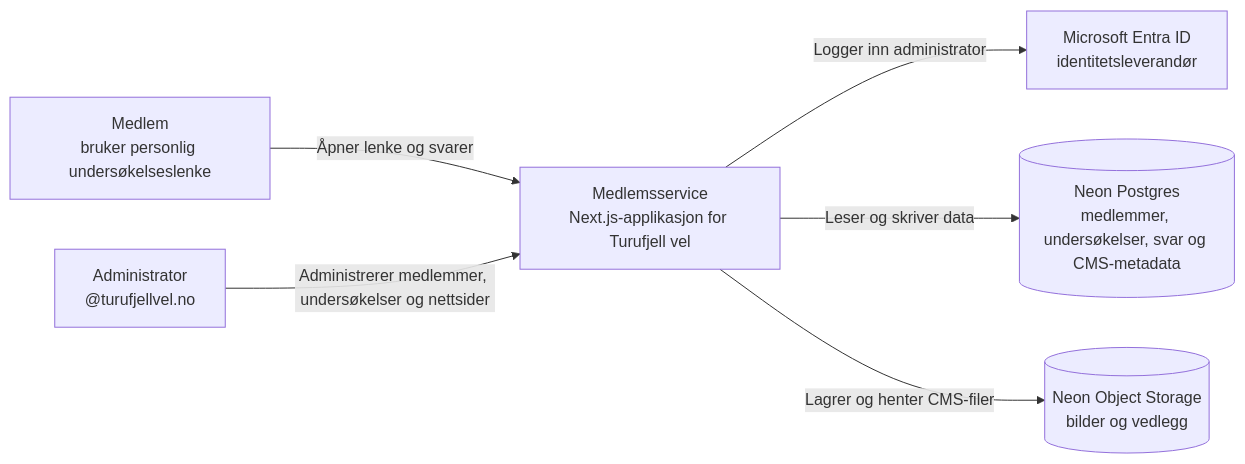
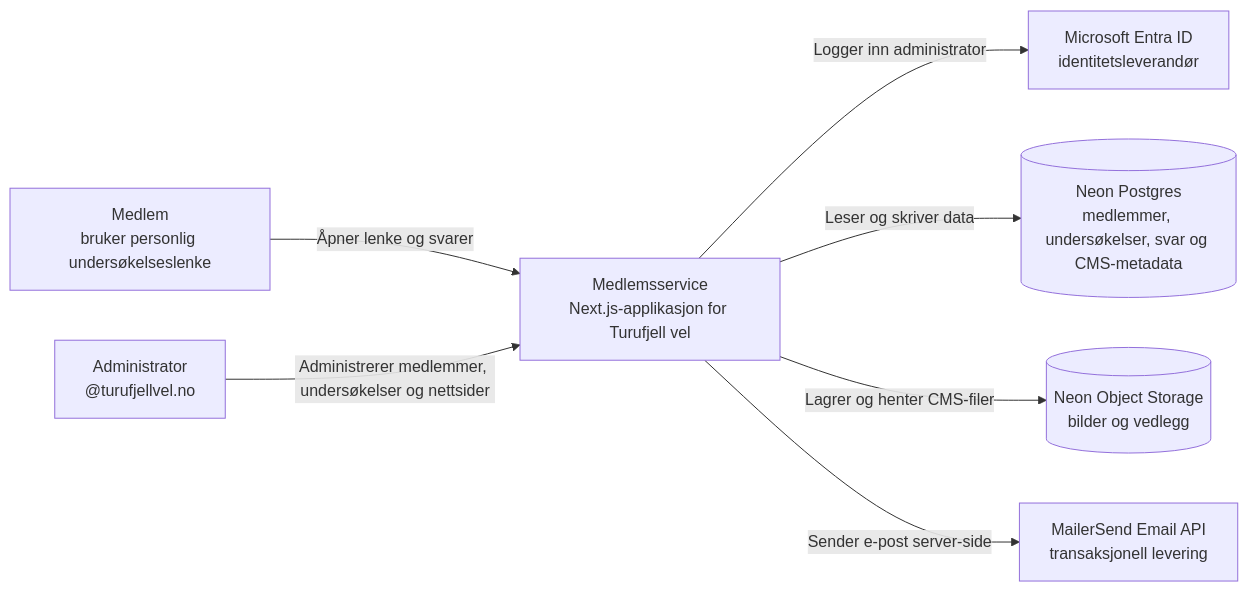
One commit to ibjohansen/tfv-poll changed the first of 5 diagrams in README.md. Above: the diagram before and after it, drawn with Mermaid. The commit also changed other lines of this file and 25 other files, not shown here.

First line of the commit message:
Integrer MailerSend for sikre survey-utsendelser

````diff
--- a/README.md
+++ b/README.md
@@ -54,15 +56,17 @@
 ```mermaid
 flowchart LR
   member["Medlem\nbruker personlig undersøkelseslenke"]
   admin["Administrator\n@turufjellvel.no"]
   app["Medlemsservice\nNext.js-applikasjon for Turufjell vel"]
   entra["Microsoft Entra ID\nidentitetsleverandør"]
   neon[("Neon Postgres\nmedlemmer, undersøkelser, svar og CMS-metadata")]
   storage[("Neon Object Storage\nbilder og vedlegg")]
+  mailer["MailerSend Email API\ntransaksjonell levering"]
 
   member -->|"Åpner lenke og svarer"| app
   admin -->|"Administrerer medlemmer, undersøkelser og nettsider"| app
   app -->|"Logger inn administrator"| entra
   app -->|"Leser og skriver data"| neon
   app -->|"Lagrer og henter CMS-filer"| storage
+  app -->|"Sender e-post server-side"| mailer
 ```
````
